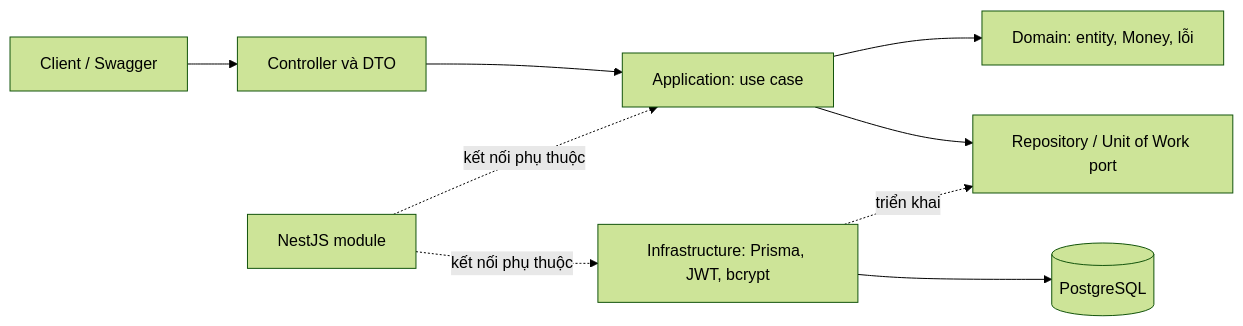
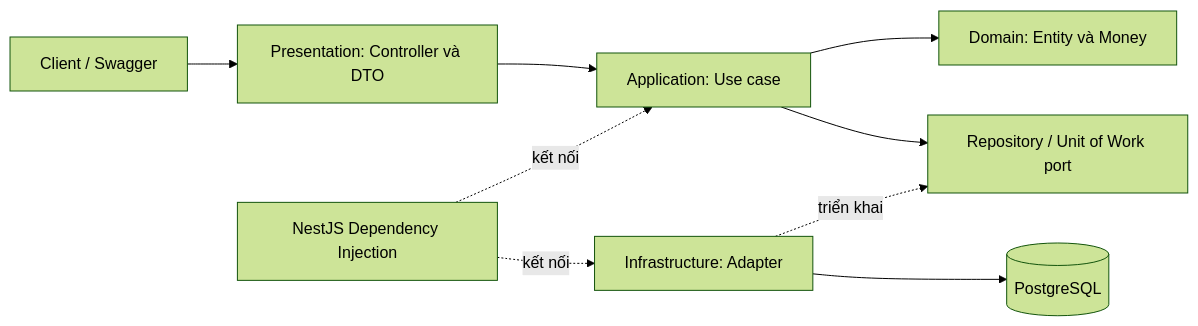
One commit to HUY-TD16/SA_BankAccount changed the diagram in README.md. Above: the diagram before and after it, drawn with Mermaid (forest theme). The commit also changed other lines of this file and 2 other files, not shown here.

````diff
--- a/README.md
+++ b/README.md
@@ -47,11 +56,11 @@
 ```mermaid
 flowchart LR
-    Client[Client / Swagger] --> HTTP[Controller và DTO]
-    HTTP --> UC[Application: use case]
-    UC --> Domain[Domain: entity, Money, lỗi]
+    Client[Client / Swagger] --> HTTP[Presentation: Controller và DTO]
+    HTTP --> UC[Application: Use case]
+    UC --> Domain[Domain: Entity và Money]
     UC --> Port[Repository / Unit of Work port]
-    Adapter[Infrastructure: Prisma, JWT, bcrypt] -. triển khai .-> Port
+    Adapter[Infrastructure: Adapter] -. triển khai .-> Port
     Adapter --> DB[(PostgreSQL)]
-    DI[NestJS module] -. kết nối phụ thuộc .-> UC
-    DI -. kết nối phụ thuộc .-> Adapter
+    DI[NestJS Dependency Injection] -. kết nối .-> UC
+    DI -. kết nối .-> Adapter
 ```
````
